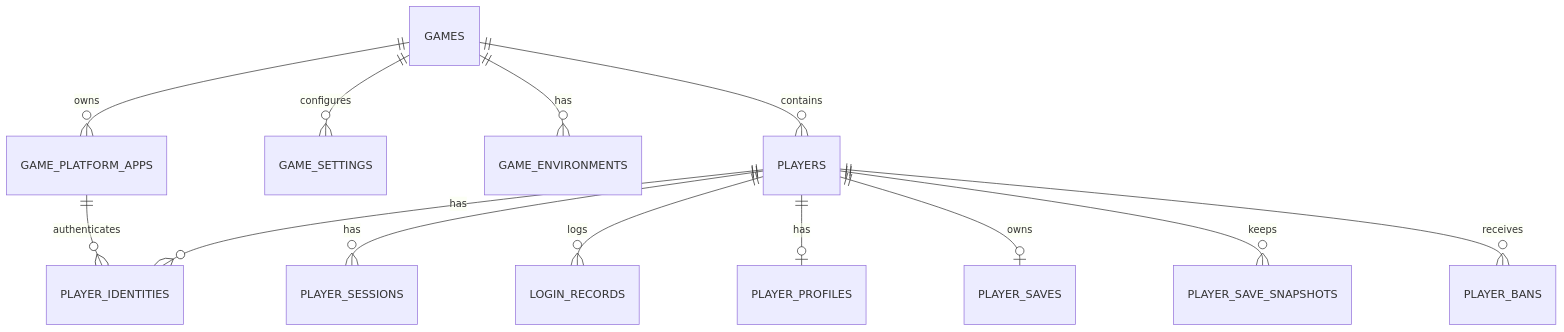
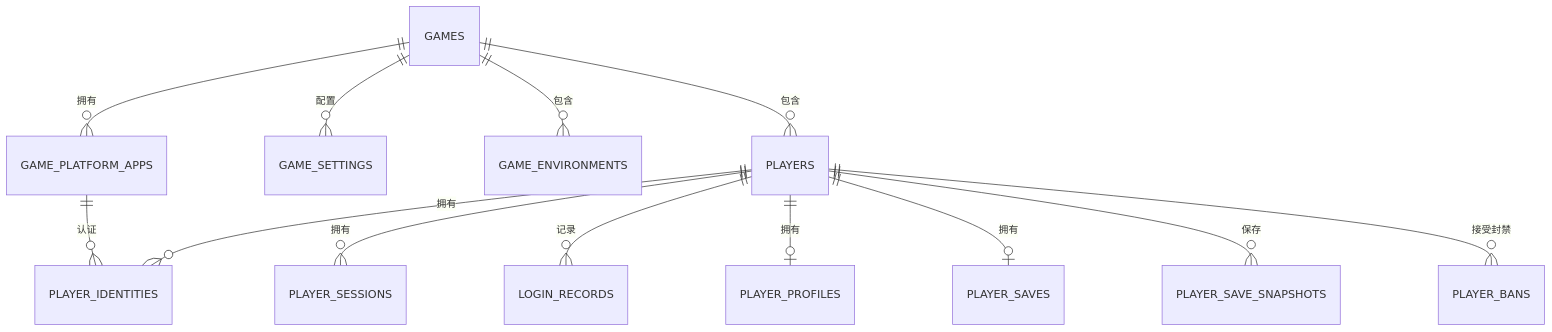
One commit to Sakuya1998/game-platform changed the first of 4 diagrams in docs/database/erd.md. Above: the diagram before and after it, drawn with Mermaid. The commit also changed other lines of this file and 35 other files, not shown here.

````diff
--- a/docs/database/erd.md
+++ b/docs/database/erd.md
@@ -25,15 +25,15 @@
 ```mermaid
 erDiagram
-  GAMES ||--o{ GAME_PLATFORM_APPS : owns
-  GAMES ||--o{ GAME_SETTINGS : configures
-  GAMES ||--o{ GAME_ENVIRONMENTS : has
-  GAMES ||--o{ PLAYERS : contains
-  GAME_PLATFORM_APPS ||--o{ PLAYER_IDENTITIES : authenticates
-  PLAYERS ||--o{ PLAYER_IDENTITIES : has
-  PLAYERS ||--o{ PLAYER_SESSIONS : has
-  PLAYERS ||--o{ LOGIN_RECORDS : logs
-  PLAYERS ||--o| PLAYER_PROFILES : has
-  PLAYERS ||--o| PLAYER_SAVES : owns
-  PLAYERS ||--o{ PLAYER_SAVE_SNAPSHOTS : keeps
-  PLAYERS ||--o{ PLAYER_BANS : receives
+  GAMES ||--o{ GAME_PLATFORM_APPS : 拥有
+  GAMES ||--o{ GAME_SETTINGS : 配置
+  GAMES ||--o{ GAME_ENVIRONMENTS : 包含
+  GAMES ||--o{ PLAYERS : 包含
+  GAME_PLATFORM_APPS ||--o{ PLAYER_IDENTITIES : 认证
+  PLAYERS ||--o{ PLAYER_IDENTITIES : 拥有
+  PLAYERS ||--o{ PLAYER_SESSIONS : 拥有
+  PLAYERS ||--o{ LOGIN_RECORDS : 记录
+  PLAYERS ||--o| PLAYER_PROFILES : 拥有
+  PLAYERS ||--o| PLAYER_SAVES : 拥有
+  PLAYERS ||--o{ PLAYER_SAVE_SNAPSHOTS : 保存
+  PLAYERS ||--o{ PLAYER_BANS : 接受封禁
 ```
````
